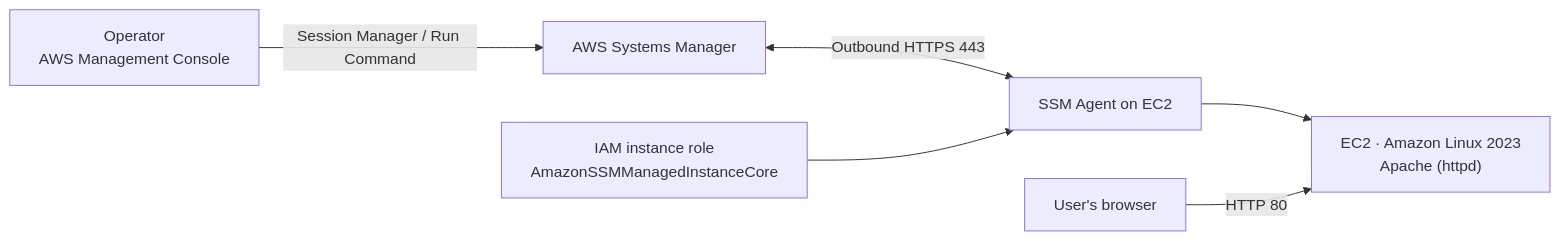
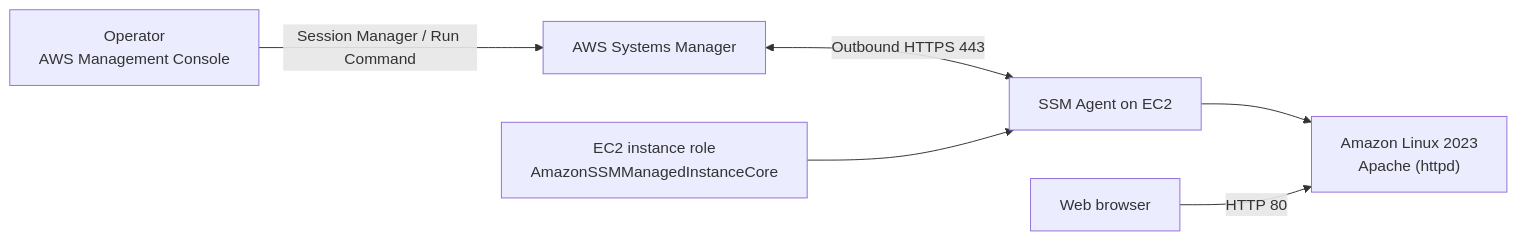
Before and after one commit to SayedAtwh/GBG-projects-AWS: the diagram in project3-AWS-SystemsManagr/README.md, drawn with Mermaid. The commit also changed other lines of this file, not shown here.

````diff
--- a/project3-AWS-SystemsManagr/README.md
+++ b/project3-AWS-SystemsManagr/README.md
@@ -11,8 +24,8 @@
 ```mermaid
 flowchart LR
     Operator["Operator<br/>AWS Management Console"] -->|Session Manager / Run Command| SSM["AWS Systems Manager"]
     SSM <-->|Outbound HTTPS 443| Agent["SSM Agent on EC2"]
-    Role["IAM instance role<br/>AmazonSSMManagedInstanceCore"] --> Agent
-    Agent --> EC2["EC2 · Amazon Linux 2023<br/>Apache (httpd)"]
-    Browser["User's browser"] -->|HTTP 80| EC2
+    Role["EC2 instance role<br/>AmazonSSMManagedInstanceCore"] --> Agent
+    Agent --> Instance["Amazon Linux 2023<br/>Apache (httpd)"]
+    Browser["Web browser"] -->|HTTP 80| Instance
 ```
````
